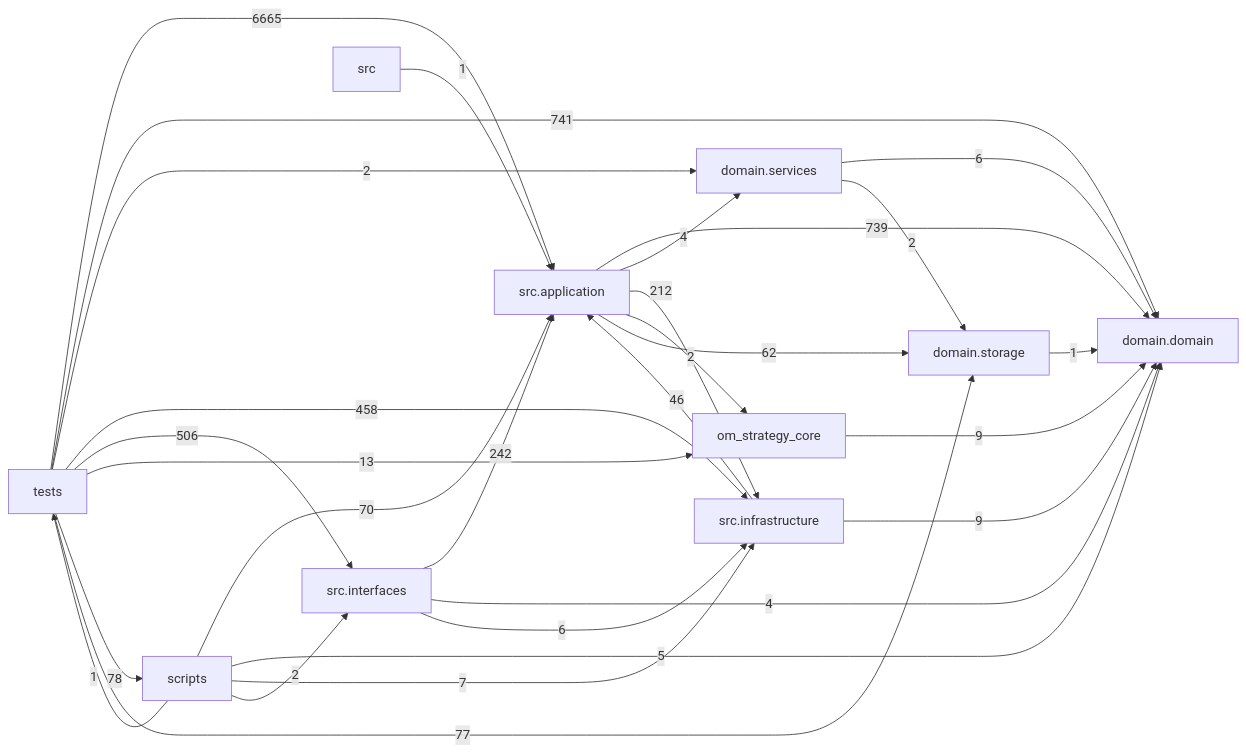
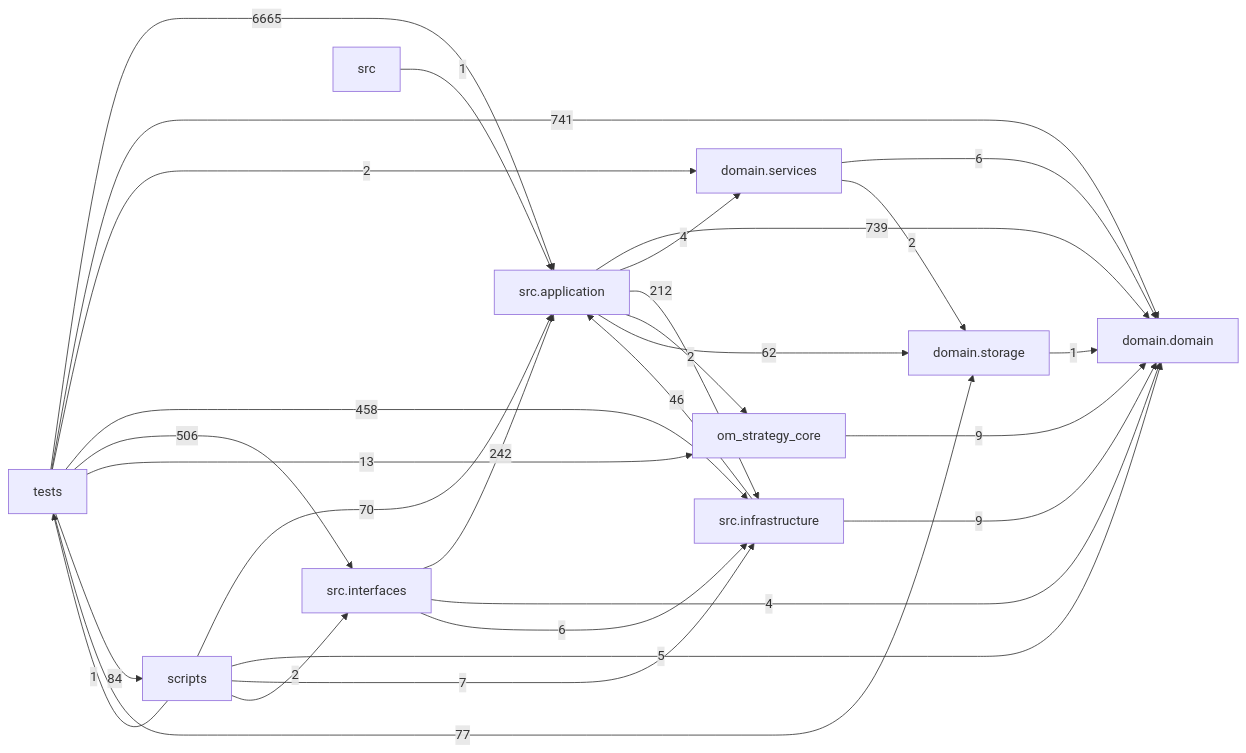
The diagram in docs/DEPENDENCY_GRAPH.md (liuxie066/options-monitor), drawn with Mermaid before and after one commit. The commit also changed other lines of this file and 5 other files, not shown here.

````diff
--- a/docs/DEPENDENCY_GRAPH.md
+++ b/docs/DEPENDENCY_GRAPH.md
@@ -24,39 +24,39 @@
 ```mermaid
 flowchart LR
   tests["tests"]
   scripts["scripts"]
   interfaces["src.interfaces"]
   application["src.application"]
   infrastructure["src.infrastructure"]
   domain_services["domain.services"]
   domain["domain.domain"]
   storage["domain.storage"]
   application -->|739| domain
   application -->|4| domain_services
   application -->|212| infrastructure
   application -->|2| om_strategy_core
   application -->|62| storage
   domain_services -->|6| domain
   domain_services -->|2| storage
   infrastructure -->|46| application
   infrastructure -->|9| domain
   interfaces -->|242| application
   interfaces -->|4| domain
   interfaces -->|6| infrastructure
   om_strategy_core -->|9| domain
   scripts -->|70| application
   scripts -->|5| domain
   scripts -->|7| infrastructure
   scripts -->|2| interfaces
   scripts -->|1| tests
   src -->|1| application
   storage -->|1| domain
   tests -->|6665| application
   tests -->|741| domain
   tests -->|2| domain_services
   tests -->|458| infrastructure
   tests -->|506| interfaces
   tests -->|13| om_strategy_core
-  tests -->|78| scripts
+  tests -->|84| scripts
   tests -->|77| storage
 ```
````
